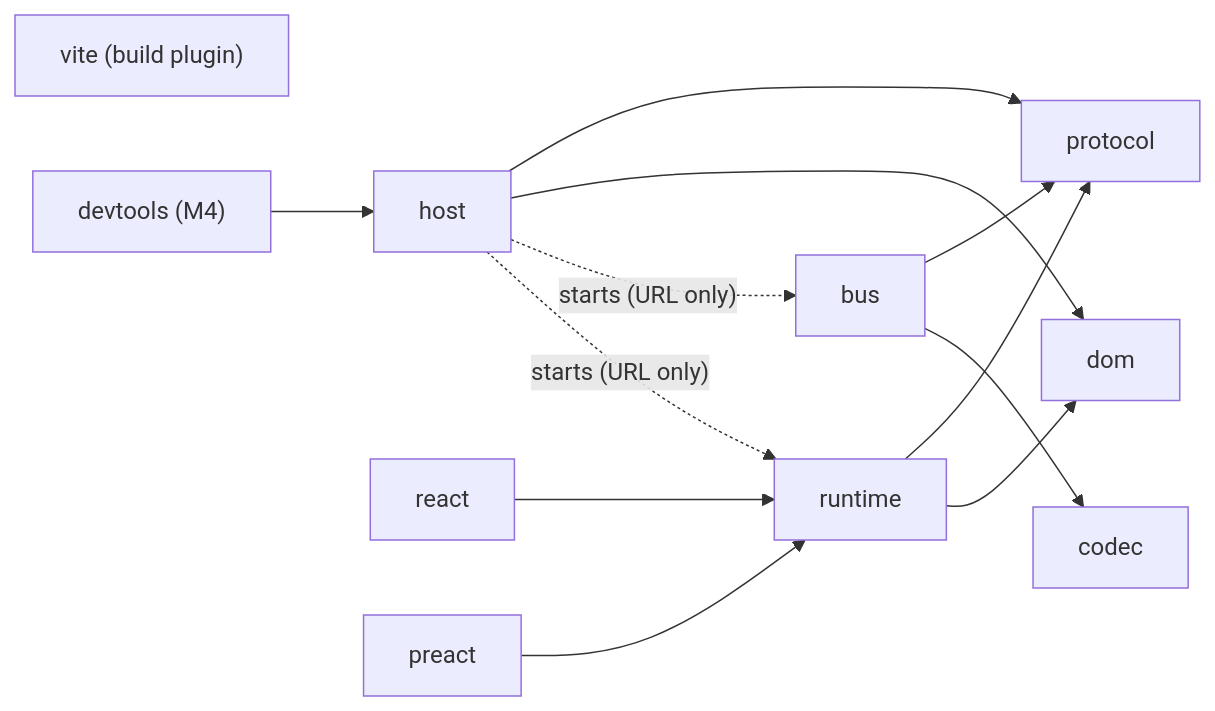
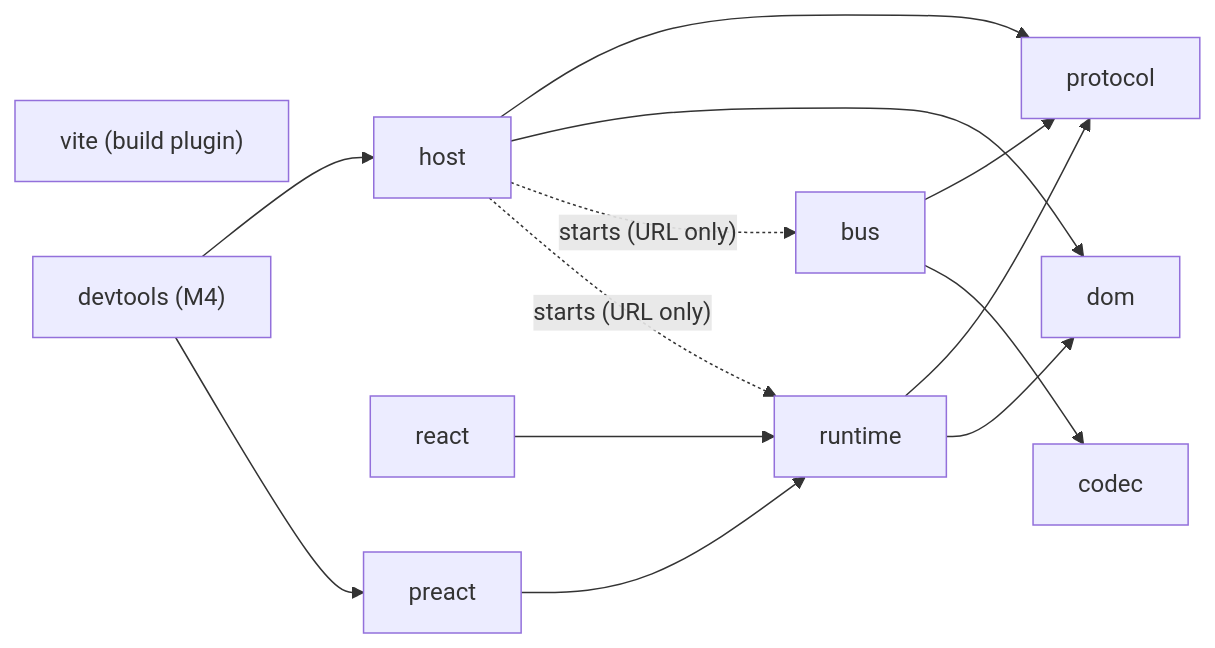
The second of 8 diagrams in docs/design/system-design.md (isoloop/isoloop), drawn with Mermaid before and after one commit. The commit also changed other lines of this file and 11 other files, not shown here.

````diff
--- a/docs/design/system-design.md
+++ b/docs/design/system-design.md
@@ -59,17 +59,18 @@
 ```mermaid
 flowchart LR
   protocol
   dom
   bus --> protocol
   bus --> codec
   host --> protocol
   host --> dom
   runtime --> protocol
   runtime --> dom
   react --> runtime
   preact --> runtime
   vite["vite (build plugin)"]
   devtools["devtools (M4)"] --> host
+  devtools --> preact
   host -. "starts (URL only)" .-> bus
   host -. "starts (URL only)" .-> runtime
 ```
````
